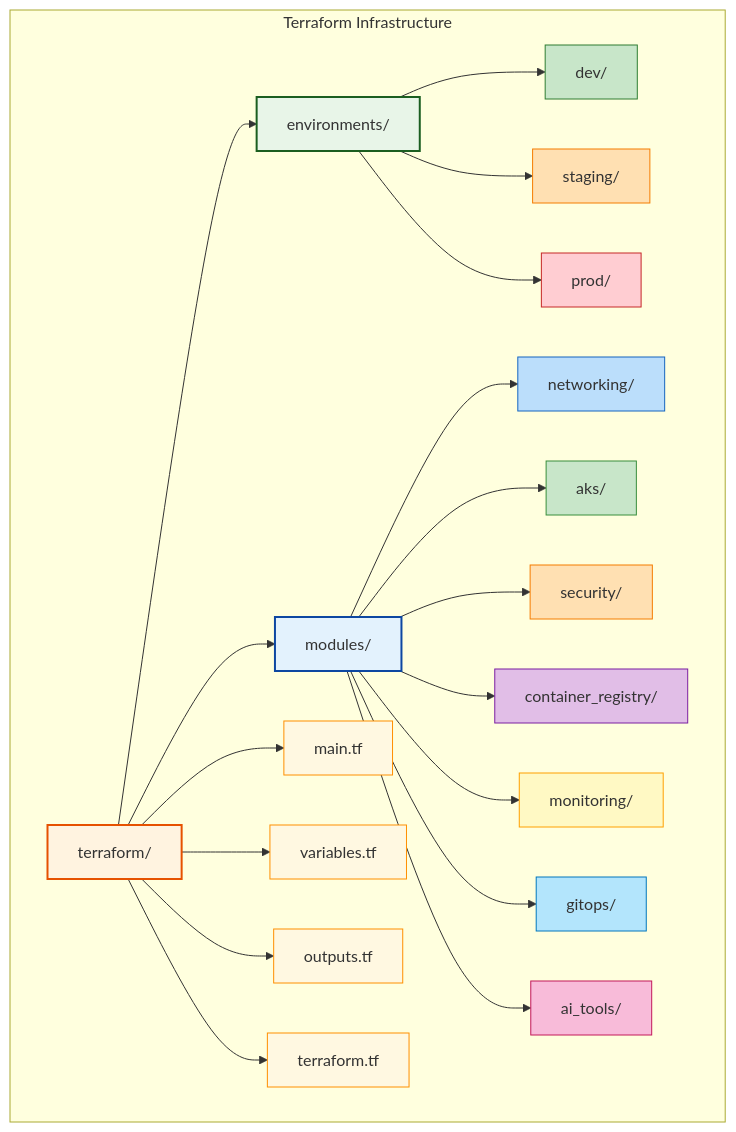
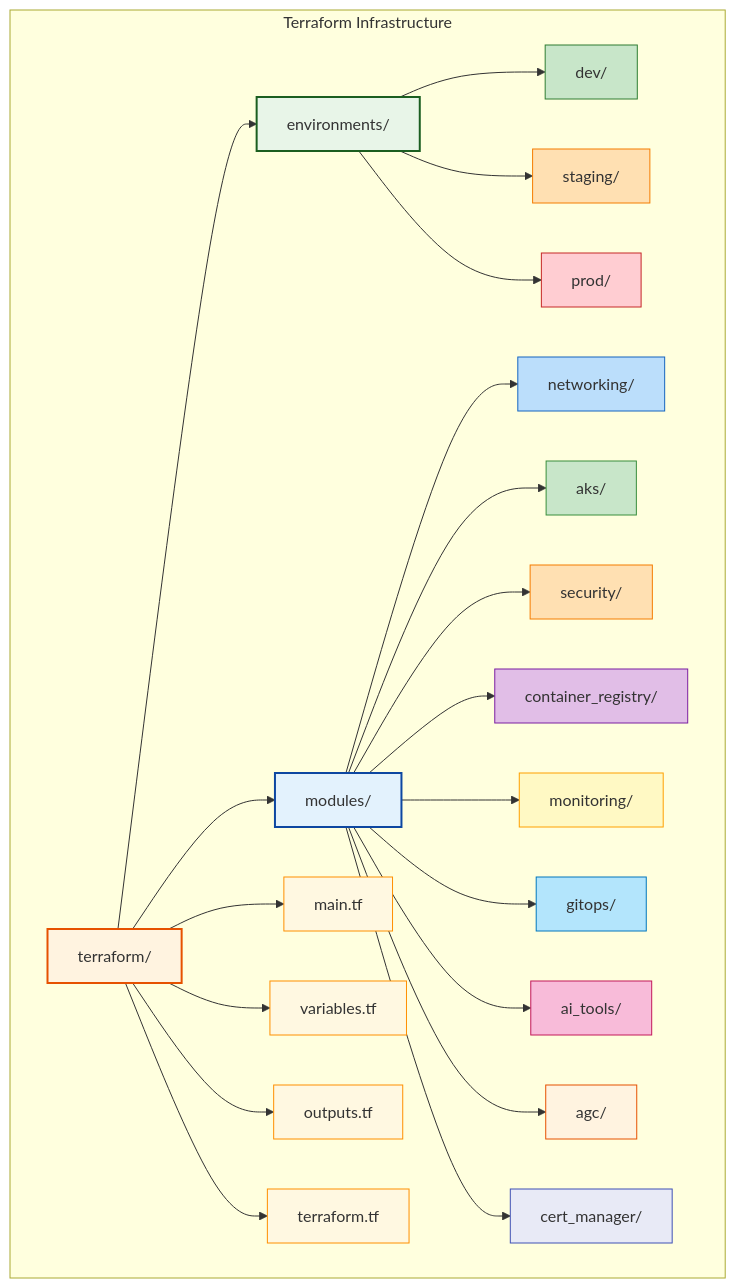
One commit to cmcconnell1/aks-platform changed the diagram in README.md. Above: the diagram before and after it, drawn with Mermaid. The commit also changed 7 other files, not shown here.

````diff
--- a/README.md
+++ b/README.md
@@ -29,43 +29,47 @@
 ```mermaid
 graph TB
     subgraph "Terraform Infrastructure"
         A[terraform/] --> B[environments/]
         A --> C[modules/]
         A --> D[main.tf]
         A --> E[variables.tf]
         A --> F[outputs.tf]
         A --> G[terraform.tf]
 
         B --> H[dev/]
         B --> I[staging/]
         B --> J[prod/]
 
         C --> K[networking/]
         C --> L[aks/]
         C --> M[security/]
         C --> N[container_registry/]
         C --> O[monitoring/]
         C --> P[gitops/]
         C --> Q[ai_tools/]
+        C --> R[agc/]
+        C --> S[cert_manager/]
     end
 
     style A fill:#fff3e0,stroke:#e65100,stroke-width:2px
     style B fill:#e8f5e8,stroke:#1b5e20,stroke-width:2px
     style C fill:#e3f2fd,stroke:#0d47a1,stroke-width:2px
     style D fill:#fff8e1,stroke:#ff8f00
     style E fill:#fff8e1,stroke:#ff8f00
     style F fill:#fff8e1,stroke:#ff8f00
     style G fill:#fff8e1,stroke:#ff8f00
 
     style H fill:#c8e6c9,stroke:#2e7d32
     style I fill:#ffe0b2,stroke:#f57c00
     style J fill:#ffcdd2,stroke:#c62828
 
     style K fill:#bbdefb,stroke:#1565c0
     style L fill:#c8e6c9,stroke:#388e3c
     style M fill:#ffe0b2,stroke:#f57c00
     style N fill:#e1bee7,stroke:#7b1fa2
     style O fill:#fff9c4,stroke:#ffa000
     style P fill:#b3e5fc,stroke:#0277bd
     style Q fill:#f8bbd9,stroke:#c2185b
+    style R fill:#fff3e0,stroke:#e65100
+    style S fill:#e8eaf6,stroke:#3f51b5
 ```
````
